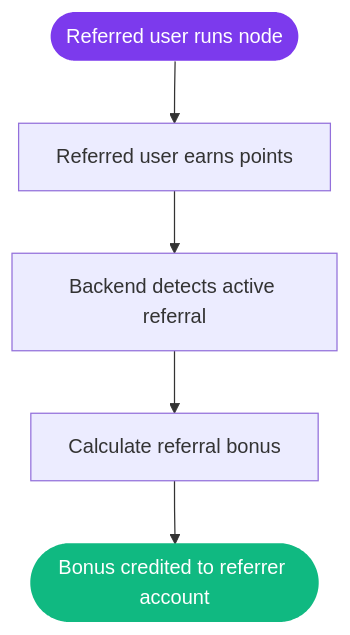
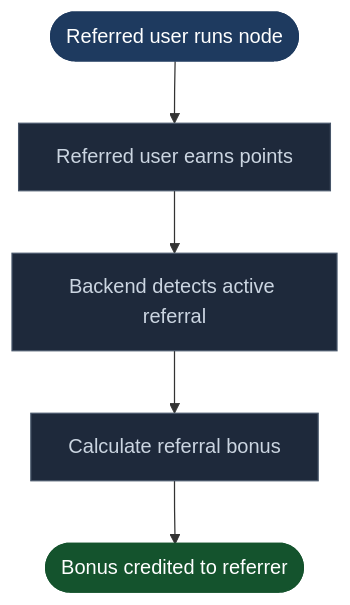
Before and after one commit to Nexora-Node/Docs: the second of 2 diagrams in referrals.md, drawn with Mermaid. The commit also changed other lines of this file and 5 other files, not shown here.

Commit message:
docs: fix diagram bugs, unify color palette, remove bidirectional arrows

````diff
--- a/referrals.md
+++ b/referrals.md
@@ -37,10 +37,13 @@
 ```mermaid
 flowchart TD
     A([Referred user runs node]) --> B[Referred user earns points]
     B --> C[Backend detects active referral]
     C --> D[Calculate referral bonus]
-    D --> E([Bonus credited to referrer account])
+    D --> E([Bonus credited to referrer])
 
-    style A fill:#7c3aed,color:#fff,stroke:none
-    style E fill:#10b981,color:#fff,stroke:none
+    style A fill:#1e3a5f,stroke:#1e3a5f,color:#fff
+    style B fill:#1e293b,stroke:#475569,color:#cbd5e1
+    style C fill:#1e293b,stroke:#475569,color:#cbd5e1
+    style D fill:#1e293b,stroke:#475569,color:#cbd5e1
+    style E fill:#14532d,stroke:#14532d,color:#fff
 ```
````
